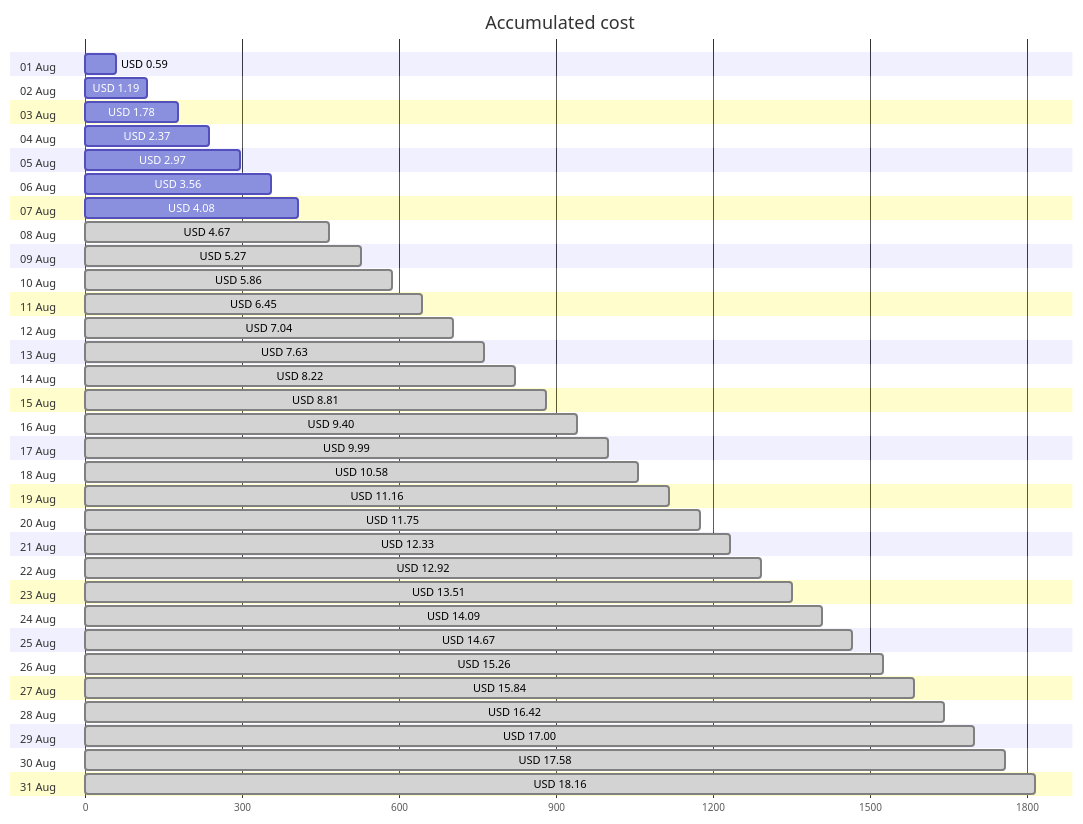
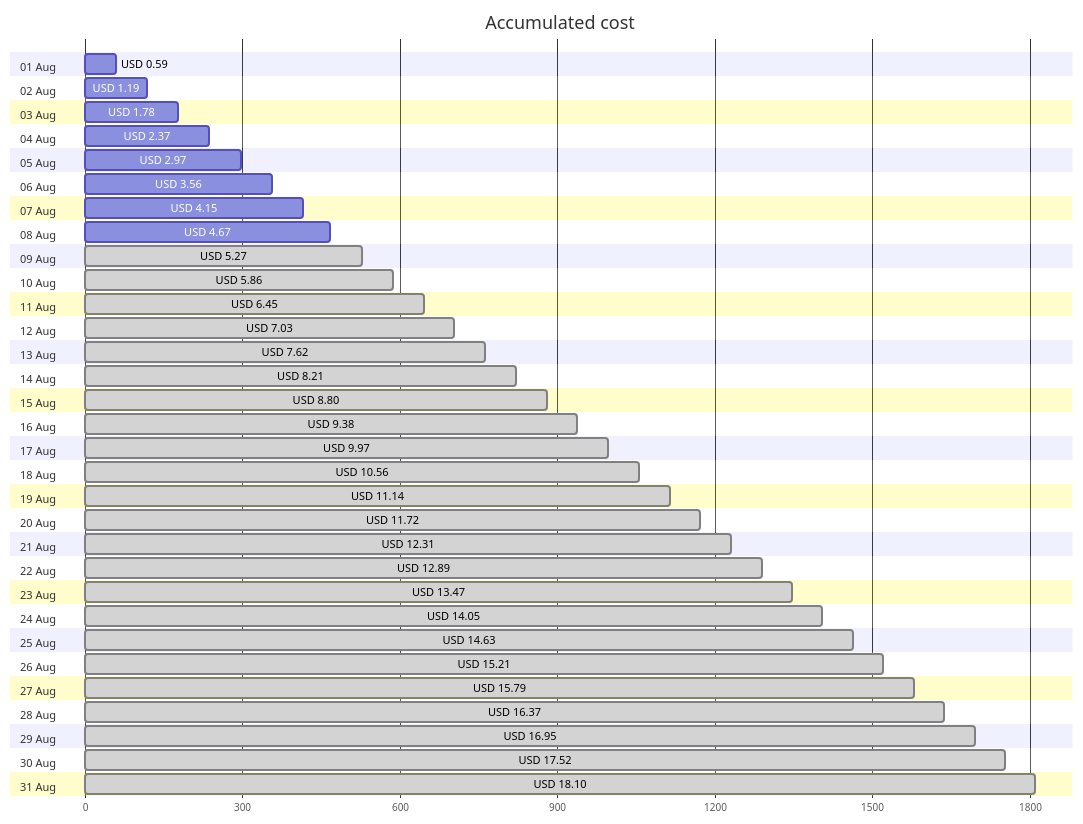
Before and after one commit to jpfulton/azure-personal-reports: the first of 4 diagrams in cost-reports/personal-site/README.md, drawn with Mermaid. The commit also changed other lines of this file and 6 other files, not shown here.

````diff
--- a/cost-reports/personal-site/README.md
+++ b/cost-reports/personal-site/README.md
@@ -20,68 +20,68 @@
 ```mermaid
 gantt
    title Accumulated cost
    dateFormat  X
    axisFormat %s
    section 01 Aug
    USD 0.59 :0, 59
    section 02 Aug
    USD 1.19 :0, 119
    section 03 Aug
    USD 1.78 :0, 178
    section 04 Aug
    USD 2.37 :0, 237
    section 05 Aug
    USD 2.97 :0, 297
    section 06 Aug
    USD 3.56 :0, 356
    section 07 Aug
-   USD 4.08 :0, 408
+   USD 4.15 :0, 415
    section 08 Aug
-   USD 4.67 : done, 0, 467
+   USD 4.67 :0, 467
    section 09 Aug
    USD 5.27 : done, 0, 527
    section 10 Aug
    USD 5.86 : done, 0, 586
    section 11 Aug
    USD 6.45 : done, 0, 645
    section 12 Aug
-   USD 7.04 : done, 0, 704
+   USD 7.03 : done, 0, 703
    section 13 Aug
-   USD 7.63 : done, 0, 763
+   USD 7.62 : done, 0, 762
    section 14 Aug
-   USD 8.22 : done, 0, 822
+   USD 8.21 : done, 0, 821
    section 15 Aug
-   USD 8.81 : done, 0, 881
+   USD 8.80 : done, 0, 880
    section 16 Aug
-   USD 9.40 : done, 0, 940
+   USD 9.38 : done, 0, 938
    section 17 Aug
-   USD 9.99 : done, 0, 999
+   USD 9.97 : done, 0, 997
    section 18 Aug
-   USD 10.58 : done, 0, 1058
+   USD 10.56 : done, 0, 1056
    section 19 Aug
-   USD 11.16 : done, 0, 1116
+   USD 11.14 : done, 0, 1114
    section 20 Aug
-   USD 11.75 : done, 0, 1175
+   USD 11.72 : done, 0, 1172
    section 21 Aug
-   USD 12.33 : done, 0, 1233
+   USD 12.31 : done, 0, 1231
    section 22 Aug
-   USD 12.92 : done, 0, 1292
+   USD 12.89 : done, 0, 1289
    section 23 Aug
-   USD 13.51 : done, 0, 1351
+   USD 13.47 : done, 0, 1347
    section 24 Aug
-   USD 14.09 : done, 0, 1409
+   USD 14.05 : done, 0, 1405
    section 25 Aug
-   USD 14.67 : done, 0, 1467
+   USD 14.63 : done, 0, 1463
    section 26 Aug
-   USD 15.26 : done, 0, 1526
+   USD 15.21 : done, 0, 1521
    section 27 Aug
-   USD 15.84 : done, 0, 1584
+   USD 15.79 : done, 0, 1579
    section 28 Aug
-   USD 16.42 : done, 0, 1642
+   USD 16.37 : done, 0, 1637
    section 29 Aug
-   USD 17.00 : done, 0, 1700
+   USD 16.95 : done, 0, 1695
    section 30 Aug
-   USD 17.58 : done, 0, 1758
+   USD 17.52 : done, 0, 1752
    section 31 Aug
-   USD 18.16 : done, 0, 1816
+   USD 18.10 : done, 0, 1810
 ```
````
